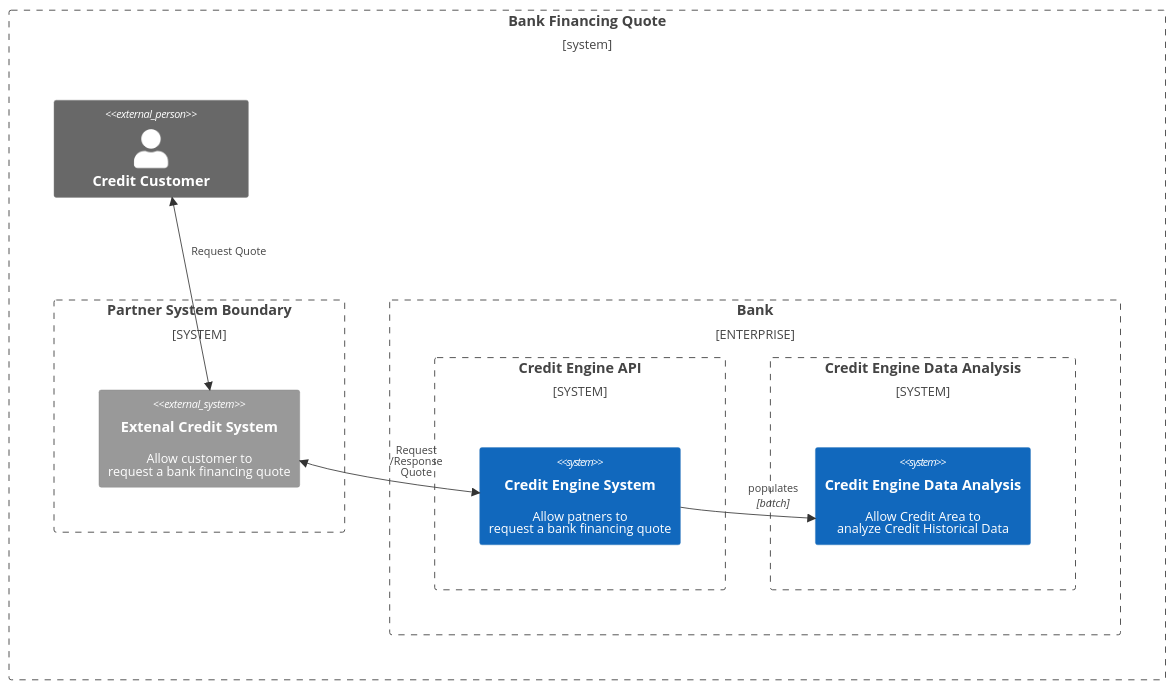
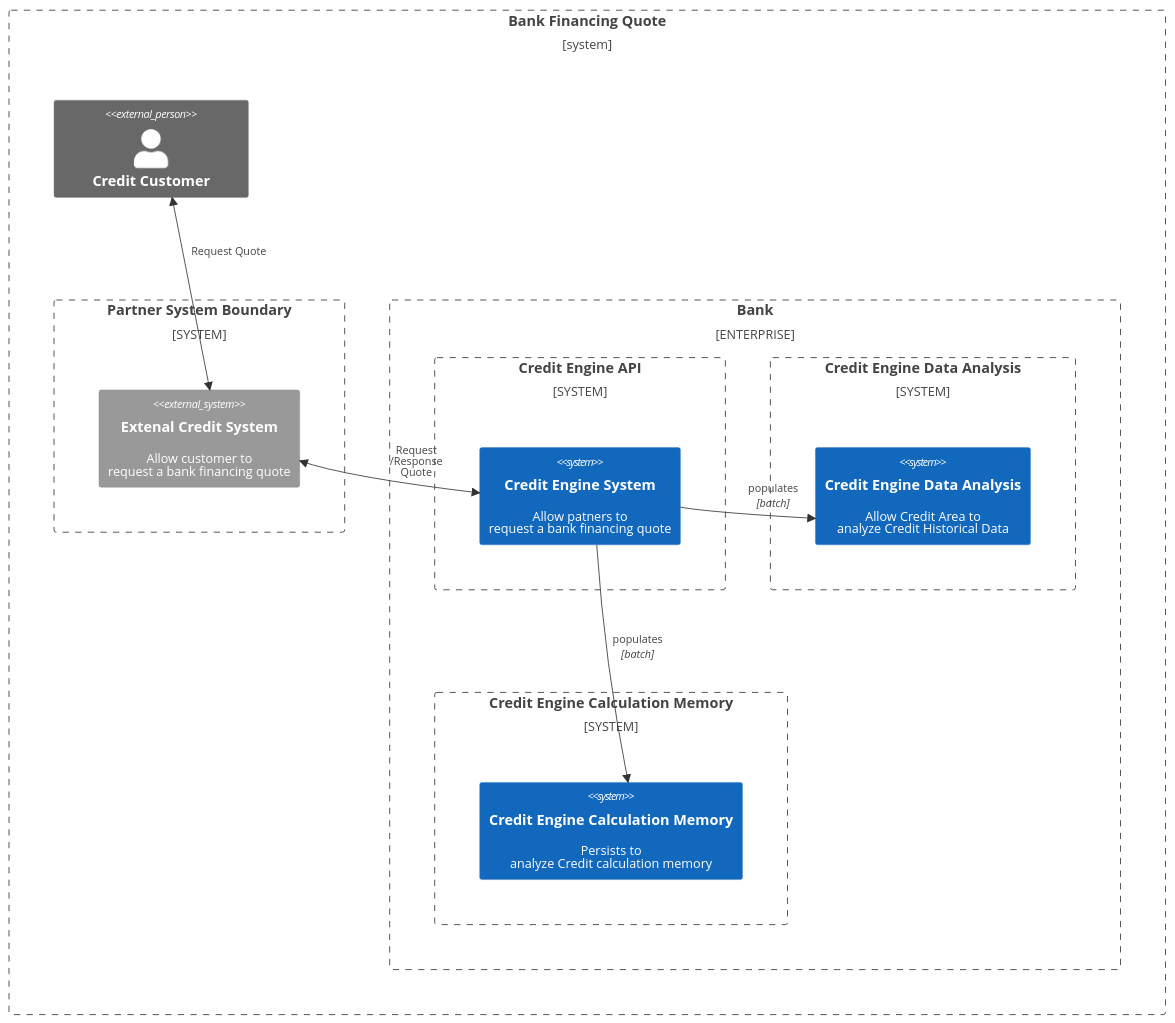
One commit to faustorlima/credit-engine changed the first of 4 diagrams in architecture/scalable-solution-architecture.md. Above: the diagram before and after it, drawn with Mermaid. The commit also changed other lines of this file, not shown here.

Commit message:
docs: scalable architecture : calculation memory

````diff
--- a/architecture/scalable-solution-architecture.md
+++ b/architecture/scalable-solution-architecture.md
@@ -5,29 +5,35 @@
 ```mermaid
 C4Context
 
     Boundary(b0, "Bank Financing Quote"){
         Person_Ext(customer, "Credit Customer")
 
         System_Boundary(externalSystemBoundary, "Partner System Boundary"){
             System_Ext(externalCreditSystem, "Extenal Credit System", "Allow customer to<br /> request a bank financing quote")
         }
 
         Enterprise_Boundary(b1, "Bank"){
             System_Boundary(systemCreditEngineBoundary, "Credit Engine API"){
                 System(systemCreditEngine, "Credit Engine System", "Allow patners to<br /> request a bank financing quote")
             }
 
             System_Boundary(systemCreditEngineDataAnalysisBoundary, "Credit Engine Data Analysis"){
                 System(systemCreditEngineDataAnalysis, "Credit Engine Data Analysis", "Allow Credit Area to<br /> analyze Credit Historical Data")
             }
+
+            System_Boundary(systemCreditEngineCalculationMemoryBoundary, "Credit Engine Calculation Memory"){
+                System(systemCreditEngineCalculationMemory, "Credit Engine Calculation Memory", "Persists to<br /> analyze Credit calculation memory")
+            }
         }
     }
 
     BiRel(customer, externalCreditSystem, "Request Quote")
     BiRel(externalCreditSystem, systemCreditEngine, "Request<br />/Response<br /> Quote")
     Rel(systemCreditEngine, systemCreditEngineDataAnalysis, "populates", "batch")
+    Rel(systemCreditEngine, systemCreditEngineCalculationMemory, "populates", "batch")
 
     UpdateRelStyle(customer, externalCreditSystem, $offsetY="-50")
     UpdateRelStyle(externalCreditSystem, systemCreditEngine, $offsetY="-20")
     UpdateRelStyle(systemCreditEngine, systemCreditEngineDataAnalysis, $offsetY="-30")
+    UpdateRelStyle(systemCreditEngine, systemCreditEngineCalculationMemory, $offsetY="-30")
 ```
````
